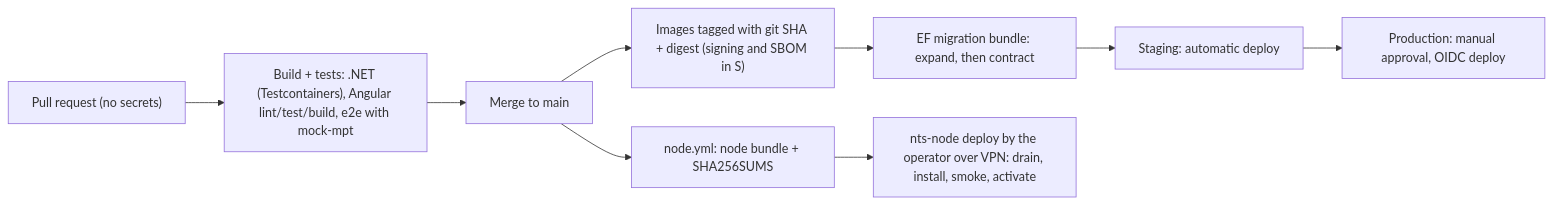
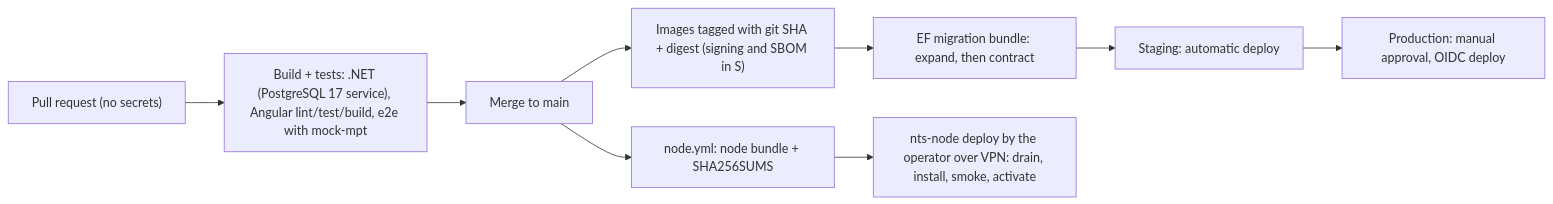
Diagram 19 of 19 in DIAGRAMS.md (anglesen1120/NightTalesStudio), drawn with Mermaid before and after one commit. The commit also changed 182 other files, not shown here.

````diff
--- a/DIAGRAMS.md
+++ b/DIAGRAMS.md
@@ -473,11 +473,11 @@
 ```mermaid
 flowchart LR
-  PR["Pull request (no secrets)"] --> CI["Build + tests: .NET (Testcontainers), Angular lint/test/build, e2e with mock-mpt"]
+  PR["Pull request (no secrets)"] --> CI["Build + tests: .NET (PostgreSQL 17 service), Angular lint/test/build, e2e with mock-mpt"]
   CI --> MG["Merge to main"]
   MG --> IM["Images tagged with git SHA + digest (signing and SBOM in S)"]
   IM --> MI["EF migration bundle: expand, then contract"]
   MI --> ST["Staging: automatic deploy"]
   ST --> PD["Production: manual approval, OIDC deploy"]
   MG --> NB["node.yml: node bundle + SHA256SUMS"]
   NB --> ND["nts-node deploy by the operator over VPN: drain, install, smoke, activate"]
 ```
````
